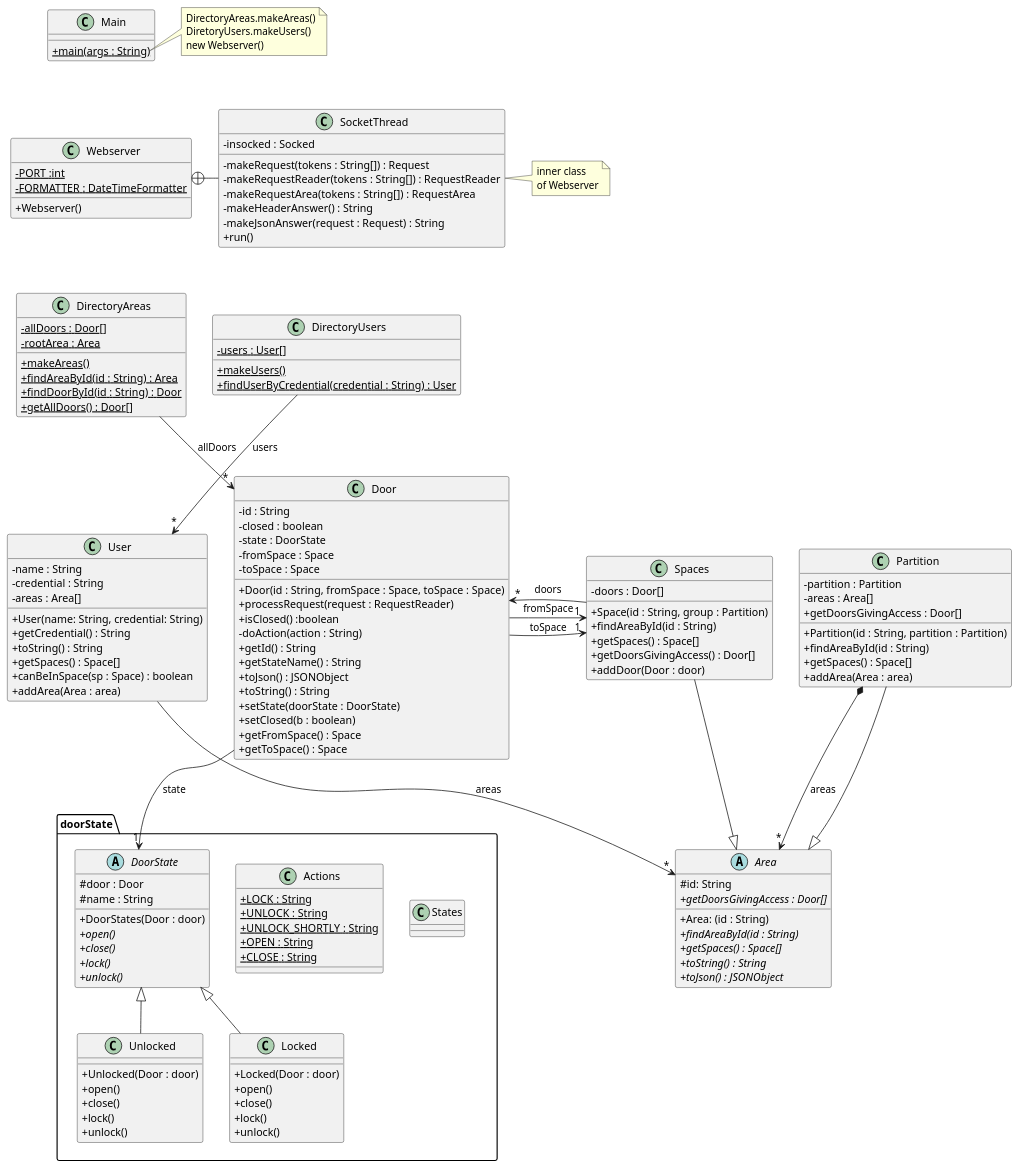
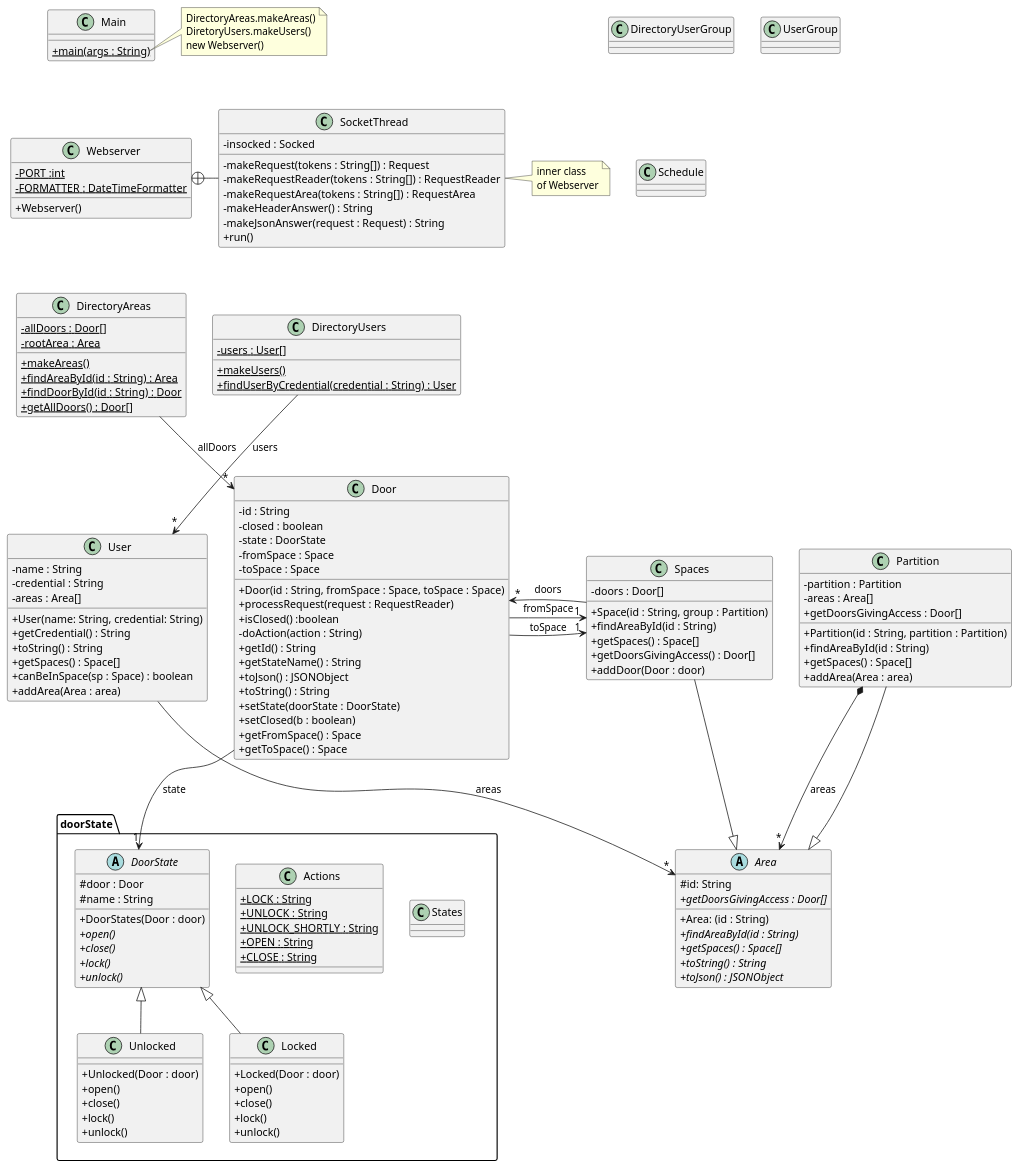
Before and after one commit to JackNesperosOba/acs_students-master: the diagram in acs_students-master/src/baseNoStates/uml/UML.puml, drawn with PlantUML. The commit also changed 26 other files, not shown here.

```diff
--- a/acs_students-master/src/baseNoStates/uml/UML.puml
+++ b/acs_students-master/src/baseNoStates/uml/UML.puml
@@ -1,176 +1,190 @@
 @startuml
 'https://plantuml.com/class-diagram
 skinparam classAttributeIconSize 0
 
 class Webserver {
 - {static} PORT :int
 - {static} FORMATTER : DateTimeFormatter
 + Webserver()
 }
 
 class SocketThread {
 - insocked : Socked
 - makeRequest(tokens : String[]) : Request
 - makeRequestReader(tokens : String[]) : RequestReader
 - makeRequestArea(tokens : String[]) : RequestArea
 - makeHeaderAnswer() : String
 - makeJsonAnswer(request : Request) : String
 + run()
 }
 
 Webserver +-right- SocketThread
 
 note right of SocketThread
 inner class
 of Webserver
 end note
 
 class DirectoryAreas {
 - {static} allDoors : Door[]
 - {static} rootArea : Area
 + {static} makeAreas()
 + {static} findAreaById(id : String) : Area
 + {static} findDoorById(id : String) : Door
 + {static} getAllDoors() : Door[]
 }
 
 DirectoryAreas --> "*" Door : "allDoors"
 
 class DirectoryUsers {
 - {static} users : User[]
 + {static} makeUsers()
 + {static} findUserByCredential(credential : String) : User
 }
 
 DirectoryUsers --> "*" User : "users"
 
 class Door {
 - id : String
 - closed : boolean
 - state : DoorState
 - fromSpace : Space
 - toSpace : Space
 + Door(id : String, fromSpace : Space, toSpace : Space)
 + processRequest(request : RequestReader)
 + isClosed() :boolean
 - doAction(action : String)
 + getId() : String
 + getStateName() : String
 + toJson() : JSONObject
 + toString() : String
 + setState(doorState : DoorState)
 + setClosed(b : boolean)
 + getFromSpace() : Space
 + getToSpace() : Space
 }
 
 
 class User {
 - name : String
 - credential : String
 - areas : Area[]
 + User(name: String, credential: String)
 + getCredential() : String
 + toString() : String
 + getSpaces() : Space[]
 + canBeInSpace(sp : Space) : boolean
 + addArea(Area : area)
 }
 
 
 class Main {
 + {static} main(args : String)
 }
 
 note right of Main::main
 DirectoryAreas.makeAreas()
 DiretoryUsers.makeUsers()
 new Webserver()
 end note
 
 package doorState <<Folder>> {
     class States {
 
     }
 
     class Actions {
     + {static} LOCK : String
     + {static} UNLOCK : String
     + {static} UNLOCK_SHORTLY : String
     + {static} OPEN : String
     + {static} CLOSE : String
     }
 
     abstract class DoorState {
     #door : Door
     #name : String
     + DoorStates(Door : door)
     + {abstract} open()
     + {abstract} close()
     + {abstract} lock()
     + {abstract} unlock()
     }
 
     class Unlocked extends DoorState {
     +Unlocked(Door : door)
     + open()
     + close()
     + lock()
     + unlock()
     }
 
     class Locked extends DoorState {
     + Locked(Door : door)
     + open()
     + close()
     + lock()
     + unlock()
     }
 }
 Door --> "1" DoorState : "state"
 
 abstract class Area {
 #id: String
 +Area: (id : String)
 + {abstract} findAreaById(id : String)
 + {abstract} getSpaces() : Space[]
 + {abstract} getDoorsGivingAccess : Door[]
 + {abstract} toString() : String
 + {abstract} toJson() : JSONObject
 }
 
 class Spaces extends Area{
 -doors : Door[]
 +Space(id : String, group : Partition)
 +findAreaById(id : String)
 +getSpaces() : Space[]
 +getDoorsGivingAccess() : Door[]
 +addDoor(Door : door)
 }
 
 class Partition extends Area{
 -partition : Partition
 -areas : Area[]
 +Partition(id : String, partition : Partition)
 +findAreaById(id : String)
 +getSpaces() : Space[]
 +getDoorsGivingAccess : Door[]
 +addArea(Area : area)
 }
 
+class DirectoryUserGroup {
+
+}
+
+class UserGroup {
+
+}
+
+class Schedule {
+
+}
+
+
+
 Partition *--> "*" Area : areas
 User --> "*" Area : "areas"
 Spaces --> "*" Door : "doors"
 Door --> "1" Spaces : "fromSpace"
 Door --> "1" Spaces : "toSpace"
 
 
 Main -[hidden]down- Webserver
 Webserver -[hidden]down- DirectoryAreas
 DirectoryAreas -[hidden]right- DirectoryUsers
 Door -[hidden]down- doorState
 Spaces -[hidden]right- Partition
 User -[hidden]right- Door
 Spaces -[hidden]left- Door
 
 @enduml
```
